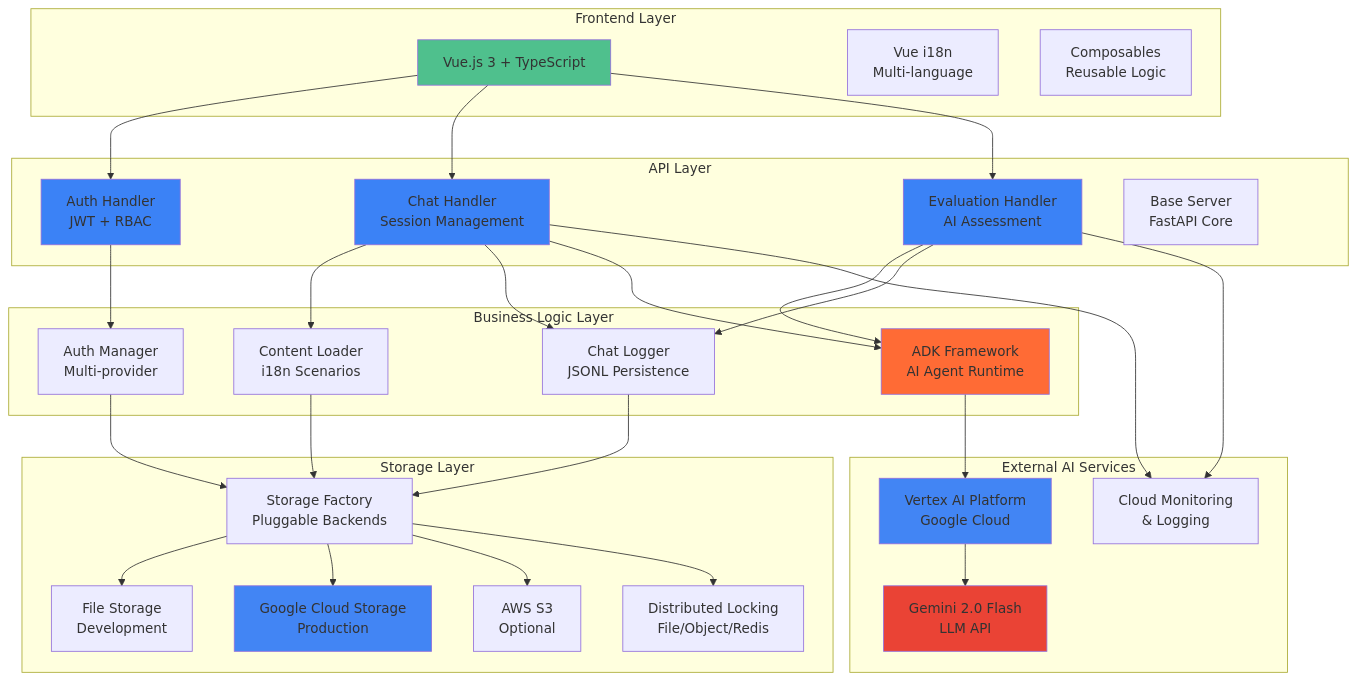
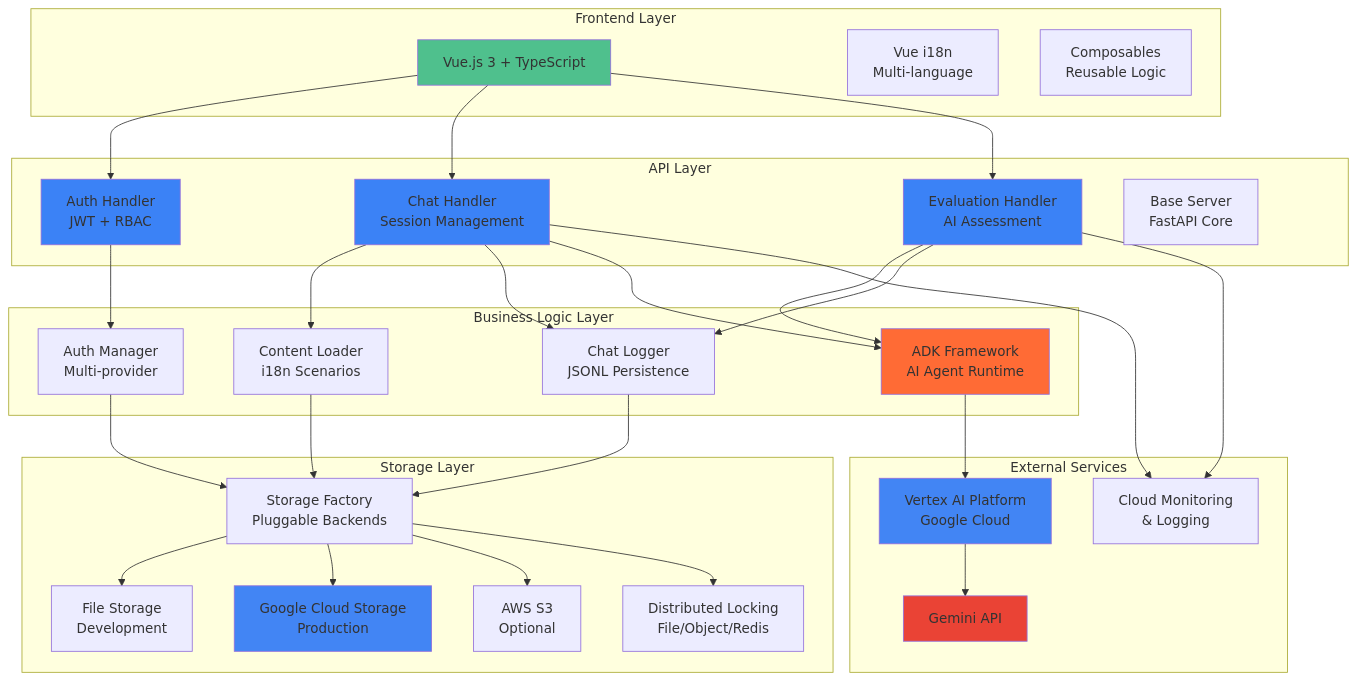
One commit to xCatG/RolePlaySystem changed the diagram in README.md. Above: the diagram before and after it, drawn with Mermaid.

Commit message:
Update README.md
rename a few boxes

````diff
--- a/README.md
+++ b/README.md
@@ -17,77 +17,77 @@
 ```mermaid
 graph TB
     subgraph "Frontend Layer"
         UI[Vue.js 3 + TypeScript]
         I18N[Vue i18n<br/>Multi-language]
         COMP[Composables<br/>Reusable Logic]
     end
     
     subgraph "API Layer"
         AUTH[Auth Handler<br/>JWT + RBAC]
         CHAT[Chat Handler<br/>Session Management]
         EVAL[Evaluation Handler<br/>AI Assessment]
         BASE[Base Server<br/>FastAPI Core]
     end
     
     subgraph "Business Logic Layer"
         CONTENT[Content Loader<br/>i18n Scenarios]
         LOGGER[Chat Logger<br/>JSONL Persistence]
         AUTHMGR[Auth Manager<br/>Multi-provider]
         ADK[ADK Framework<br/>AI Agent Runtime]
     end
     
     subgraph "Storage Layer"
         FACTORY[Storage Factory<br/>Pluggable Backends]
         FILE[File Storage<br/>Development]
         GCS[Google Cloud Storage<br/>Production]
         S3[AWS S3<br/>Optional]
         LOCK[Distributed Locking<br/>File/Object/Redis]
     end
     
-    subgraph "External AI Services"
+    subgraph "External Services"
         VERTEX[Vertex AI Platform<br/>Google Cloud]
-        GEMINI[Gemini 2.0 Flash<br/>LLM API]
+        GEMINI[Gemini API]
         MONITOR[Cloud Monitoring<br/>& Logging]
     end
     
     %% Frontend to API connections
     UI --> AUTH
     UI --> CHAT
     UI --> EVAL
     
     %% API to Business Logic connections
     AUTH --> AUTHMGR
     CHAT --> CONTENT
     CHAT --> LOGGER
     CHAT --> ADK
     EVAL --> ADK
     EVAL --> LOGGER
     
     %% Business Logic to Storage connections
     CONTENT --> FACTORY
     LOGGER --> FACTORY
     AUTHMGR --> FACTORY
     
     %% Storage implementation connections
     FACTORY --> FILE
     FACTORY --> GCS
     FACTORY --> S3
     FACTORY --> LOCK
     
     %% ADK to External AI connections
     ADK --> VERTEX
     VERTEX --> GEMINI
     
     %% Monitoring connections
     CHAT --> MONITOR
     EVAL --> MONITOR
     
     style UI fill:#4FC08D
     style AUTH fill:#3B82F6
     style CHAT fill:#3B82F6
     style EVAL fill:#3B82F6
     style ADK fill:#FF6B35
     style VERTEX fill:#4285F4
     style GEMINI fill:#EA4335
     style GCS fill:#4285F4
 ```
````
